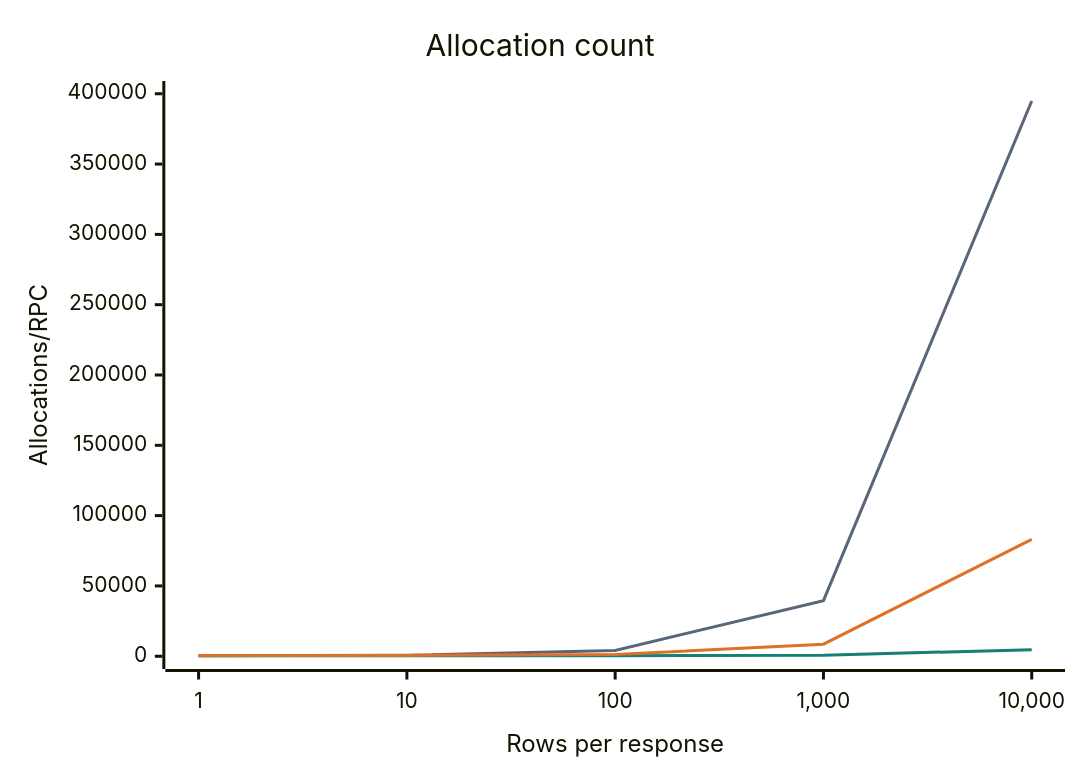
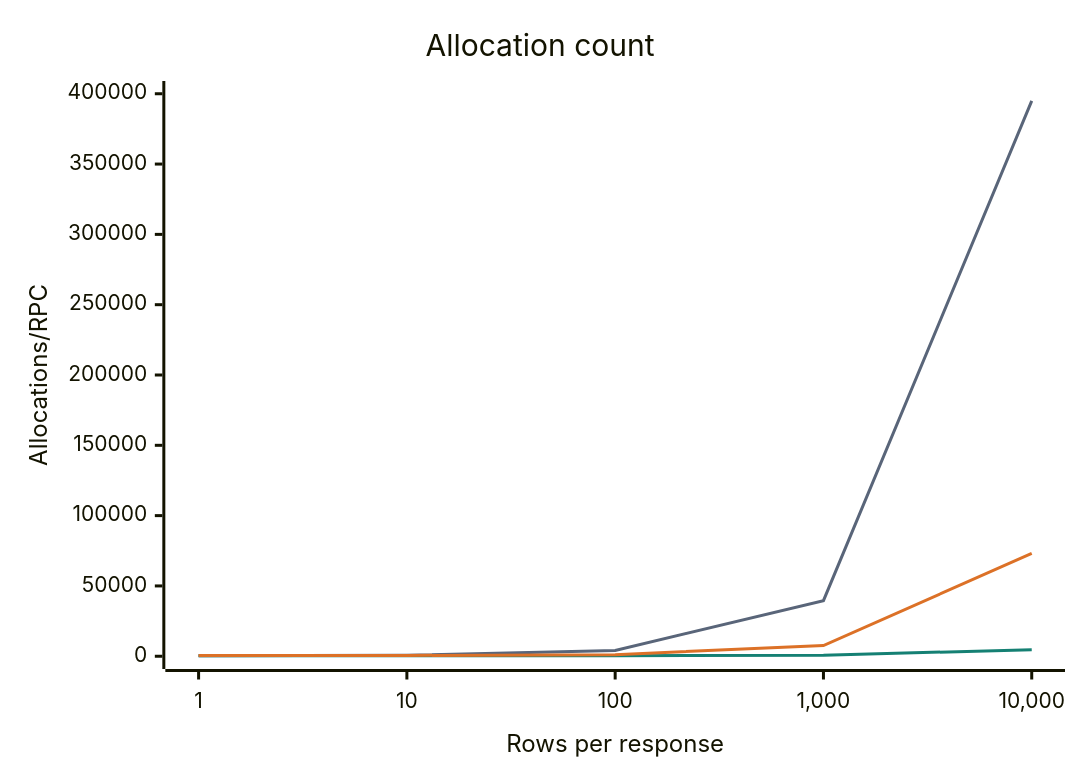
One commit to ydb-platform/ydb-go-sdk changed the third of 3 diagrams in QUERY.md. Above: the diagram before and after it, drawn with Mermaid. The commit also changed other lines of this file and 5 other files, not shown here.

Commit message:
perf(query): allocate Arrow row handles per batch

````diff
--- a/QUERY.md
+++ b/QUERY.md
@@ -238,15 +240,15 @@
 ```mermaid
 ---
 config:
   themeVariables:
     xyChart:
       plotColorPalette: "#596579, #158073, #dc7127"
 ---
 xychart-beta
     title "Allocation count"
     x-axis "Rows per response" ["1", "10", "100", "1,000", "10,000"]
     y-axis "Allocations/RPC" 0 --> 400000
-    line "Value" [378, 722, 4113, 39528, 394876]
-    line "QueryArrow" [372, 373, 374, 680, 4700]
-    line "WithArrow" [485, 559, 1252, 8579, 83093]
+    line "Value" [378, 722, 4113, 39528, 394883]
+    line "QueryArrow" [372, 373, 374, 681, 4690]
+    line "WithArrow" [485, 549, 1153, 7583, 73092]
 ```
````
